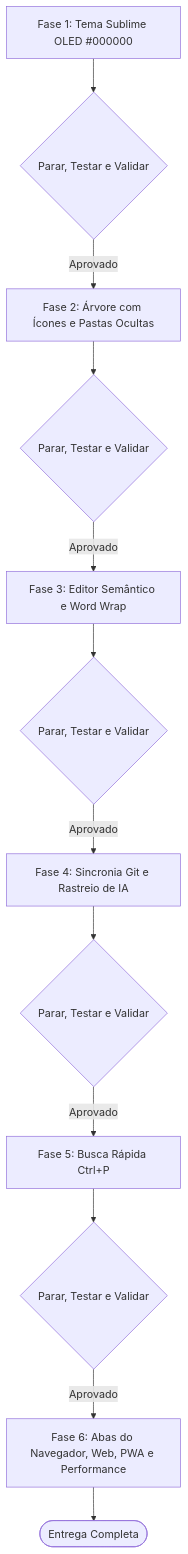
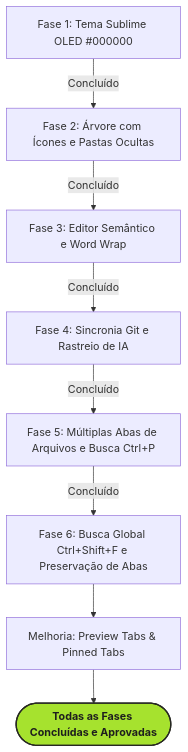
Before and after one commit to Hermann-91/GrafLean: the diagram in doc/plano_fases_graflean.md, drawn with Mermaid. The commit also changed other lines of this file and 2 other files, not shown here.

Commit message:
docs: consolidar especificacao da versao 2.0.0, guia de atalhos e changelog

````diff
--- a/doc/plano_fases_graflean.md
+++ b/doc/plano_fases_graflean.md
@@ -25,14 +25,11 @@
 ```mermaid
 flowchart TD
-    F1[Fase 1: Tema Sublime OLED #000000] --> V1{Parar, Testar e Validar}
-    V1 -->|Aprovado| F2[Fase 2: Árvore com Ícones e Pastas Ocultas]
-    V2 -->|Aprovado| F3[Fase 3: Editor Semântico e Word Wrap]
-    V3 -->|Aprovado| F4[Fase 4: Sincronia Git e Rastreio de IA]
-    V4 -->|Aprovado| F5[Fase 5: Busca Rápida Ctrl+P]
-    V5 -->|Aprovado| F6[Fase 6: Abas do Navegador, Web, PWA e Performance]
-    F2 --> V2{Parar, Testar e Validar}
-    F3 --> V3{Parar, Testar e Validar}
-    F4 --> V4{Parar, Testar e Validar}
-    F5 --> V5{Parar, Testar e Validar}
-    F6 --> VF([Entrega Completa]):::done
+    F1[Fase 1: Tema Sublime OLED #000000] -->|Concluído| F2[Fase 2: Árvore com Ícones e Pastas Ocultas]
+    F2 -->|Concluído| F3[Fase 3: Editor Semântico e Word Wrap]
+    F3 -->|Concluído| F4[Fase 4: Sincronia Git e Rastreio de IA]
+    F4 -->|Concluído| F5[Fase 5: Múltiplas Abas de Arquivos e Busca Ctrl+P]
+    F5 -->|Concluído| F6[Fase 6: Busca Global Ctrl+Shift+F e Preservação de Abas]
+    F6 --> M1[Melhoria: Preview Tabs & Pinned Tabs]
+    M1 --> VF([Todas as Fases Concluídas e Aprovadas]):::done
+    classDef done fill:#a6e22e,stroke:#272822,stroke-width:2px,color:#1e1e1e,font-weight:bold;
 ```
````
